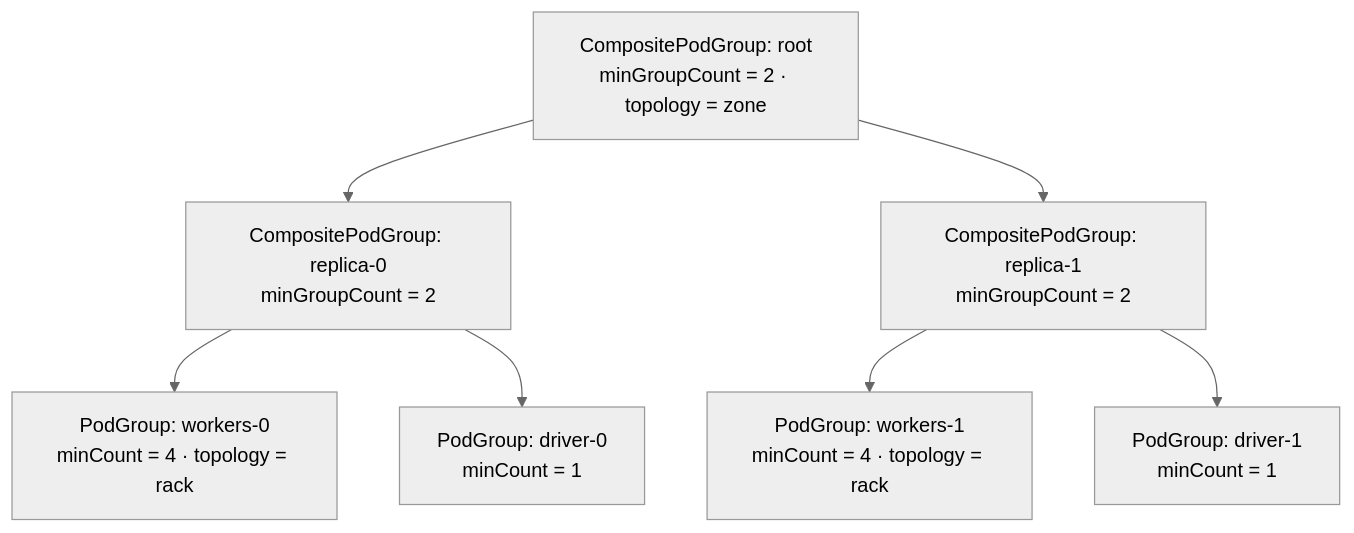
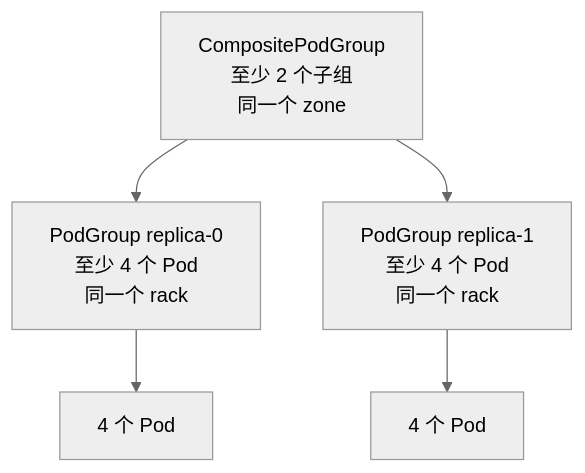
Before and after one commit to JesseStutler/volcano: the sixth of 13 diagrams in docs/research/k8s-workload-aware-scheduling-vs-volcano-cn.md, drawn with Mermaid (neutral theme). The commit also changed other lines of this file and 1 other file, not shown here.

First line of the commit message:
docs: rewrite the upstream PodGroup comparison for readability

````diff
--- a/docs/research/k8s-workload-aware-scheduling-vs-volcano-cn.md
+++ b/docs/research/k8s-workload-aware-scheduling-vs-volcano-cn.md
@@ -299,17 +320,10 @@
 ```mermaid
 flowchart TD
-    Root["CompositePodGroup: root<br/>minGroupCount = 2 · topology = zone"]
-    R0["CompositePodGroup: replica-0<br/>minGroupCount = 2"]
-    R1["CompositePodGroup: replica-1<br/>minGroupCount = 2"]
-    W0["PodGroup: workers-0<br/>minCount = 4 · topology = rack"]
-    D0["PodGroup: driver-0<br/>minCount = 1"]
-    W1["PodGroup: workers-1<br/>minCount = 4 · topology = rack"]
-    D1["PodGroup: driver-1<br/>minCount = 1"]
-
+    Root["CompositePodGroup<br/>至少 2 个子组<br/>同一个 zone"]
+    R0["PodGroup replica-0<br/>至少 4 个 Pod<br/>同一个 rack"]
+    R1["PodGroup replica-1<br/>至少 4 个 Pod<br/>同一个 rack"]
     Root --> R0
     Root --> R1
-    R0 --> W0
-    R0 --> D0
-    R1 --> W1
-    R1 --> D1
+    R0 --> P0["4 个 Pod"]
+    R1 --> P1["4 个 Pod"]
 ```
````
